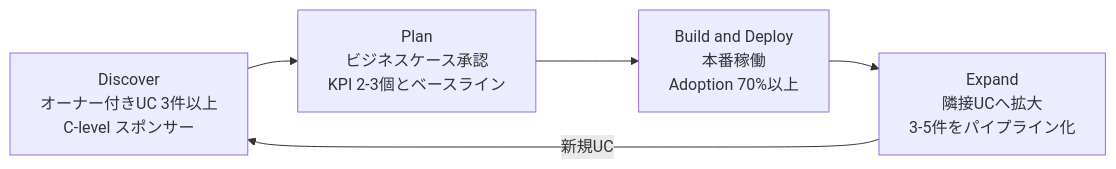
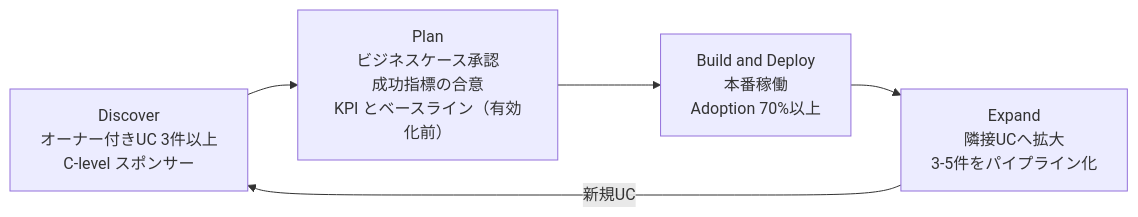
Before and after one commit to hidefumiagata/platform-doc: the first of 3 diagrams in ServiceNow/04_応用編/10-ai-adoption-lessons.md, drawn with Mermaid. The commit also changed other lines of this file and 346 other files, not shown here.

````diff
--- a/ServiceNow/04_応用編/10-ai-adoption-lessons.md
+++ b/ServiceNow/04_応用編/10-ai-adoption-lessons.md
@@ -78,7 +81,7 @@
 ```mermaid
 flowchart LR
-  D[Discover<br/>オーナー付きUC 3件以上<br/>C-level スポンサー] --> P[Plan<br/>ビジネスケース承認<br/>KPI 2-3個とベースライン]
+  D[Discover<br/>オーナー付きUC 3件以上<br/>C-level スポンサー] --> P[Plan<br/>ビジネスケース承認<br/>成功指標の合意<br/>KPI とベースライン（有効化前）]
   P --> B[Build and Deploy<br/>本番稼働<br/>Adoption 70%以上]
   B --> E[Expand<br/>隣接UCへ拡大<br/>3-5件をパイプライン化]
   E -->|新規UC| D
 ```
````
